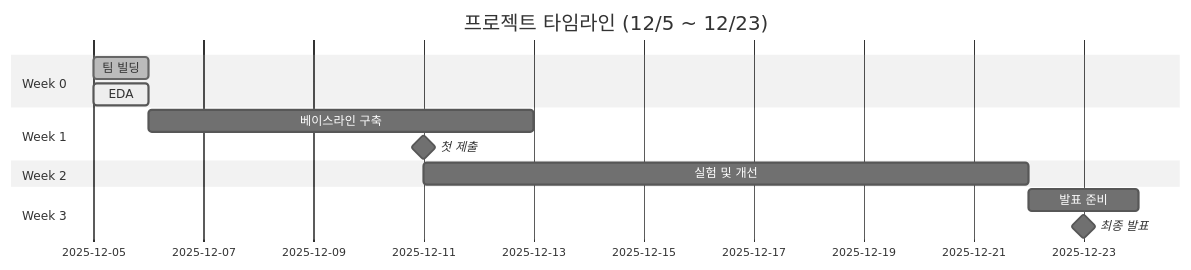
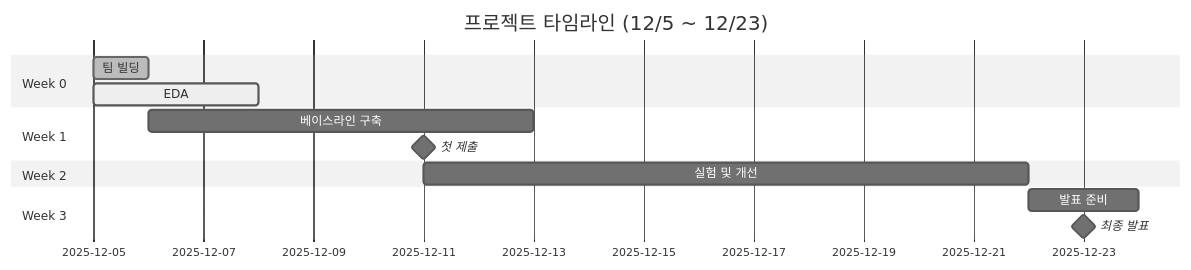
One commit to Jin94-ai/codeit_test changed the diagram in README.md. Above: the diagram before and after it, drawn with Mermaid (neutral theme).

````diff
--- a/README.md
+++ b/README.md
@@ -32,16 +32,16 @@
 ```mermaid
 gantt
     title 프로젝트 타임라인 (12/5 ~ 12/23)
     dateFormat YYYY-MM-DD
     section Week 0
     팀 빌딩           :done, 2025-12-05, 1d
-    EDA              :active, 2025-12-05, 1d
+    EDA              :active, 2025-12-05, 3d
     section Week 1
     베이스라인 구축   :2025-12-06, 7d
     첫 제출          :milestone, 2025-12-11, 0d
     section Week 2
     실험 및 개선     :2025-12-11, 11d
     section Week 3
     발표 준비        :2025-12-22, 2d
     최종 발표        :milestone, 2025-12-23, 0d
 ```
````
